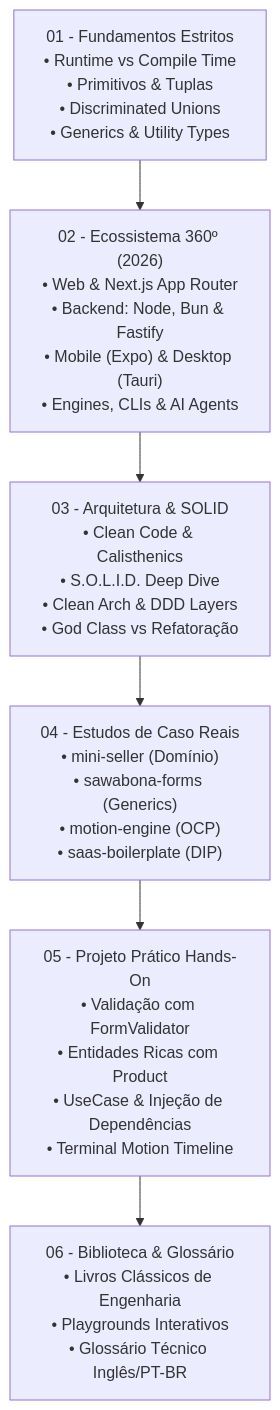
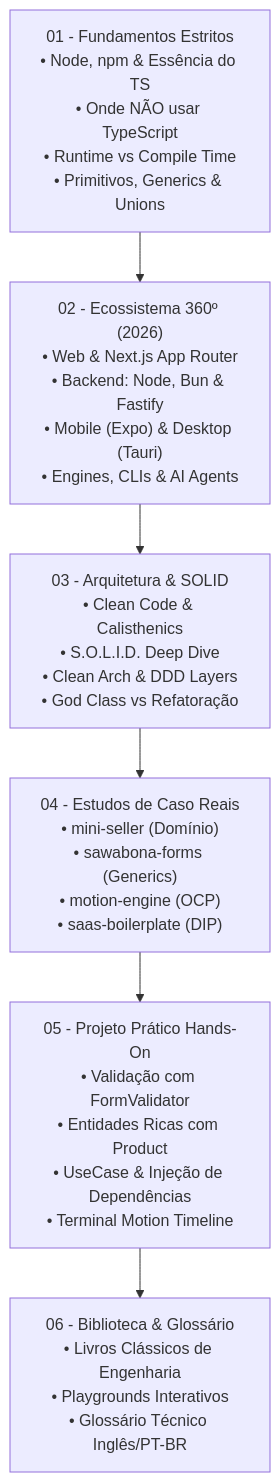
The second of 2 diagrams in README.md (ChristopherMarques/typescript-hub), drawn with Mermaid before and after one commit. The commit also changed other lines of this file and 3 other files, not shown here.

Commit message:
feat(fundamentals): add guide on Node, npm, TypeScript essence and when not to use TS

````diff
--- a/README.md
+++ b/README.md
@@ -55,8 +55,8 @@
 ```mermaid
 flowchart TD
-    M1["01 - Fundamentos Estritos<br/>• Runtime vs Compile Time<br/>• Primitivos & Tuplas<br/>• Discriminated Unions<br/>• Generics & Utility Types"] --> M2["02 - Ecossistema 360º (2026)<br/>• Web & Next.js App Router<br/>• Backend: Node, Bun & Fastify<br/>• Mobile (Expo) & Desktop (Tauri)<br/>• Engines, CLIs & AI Agents"]
+    M1["01 - Fundamentos Estritos<br/>• Node, npm & Essência do TS<br/>• Onde NÃO usar TypeScript<br/>• Runtime vs Compile Time<br/>• Primitivos, Generics & Unions"] --> M2["02 - Ecossistema 360º (2026)<br/>• Web & Next.js App Router<br/>• Backend: Node, Bun & Fastify<br/>• Mobile (Expo) & Desktop (Tauri)<br/>• Engines, CLIs & AI Agents"]
     M2 --> M3["03 - Arquitetura & SOLID<br/>• Clean Code & Calisthenics<br/>• S.O.L.I.D. Deep Dive<br/>• Clean Arch & DDD Layers<br/>• God Class vs Refatoração"]
     M3 --> M4["04 - Estudos de Caso Reais<br/>• mini-seller (Domínio)<br/>• sawabona-forms (Generics)<br/>• motion-engine (OCP)<br/>• saas-boilerplate (DIP)"]
     M4 --> M5["05 - Projeto Prático Hands-On<br/>• Validação com FormValidator<br/>• Entidades Ricas com Product<br/>• UseCase & Injeção de Dependências<br/>• Terminal Motion Timeline"]
     M5 --> M6["06 - Biblioteca & Glossário<br/>• Livros Clássicos de Engenharia<br/>• Playgrounds Interativos<br/>• Glossário Técnico Inglês/PT-BR"]
 ```
````
